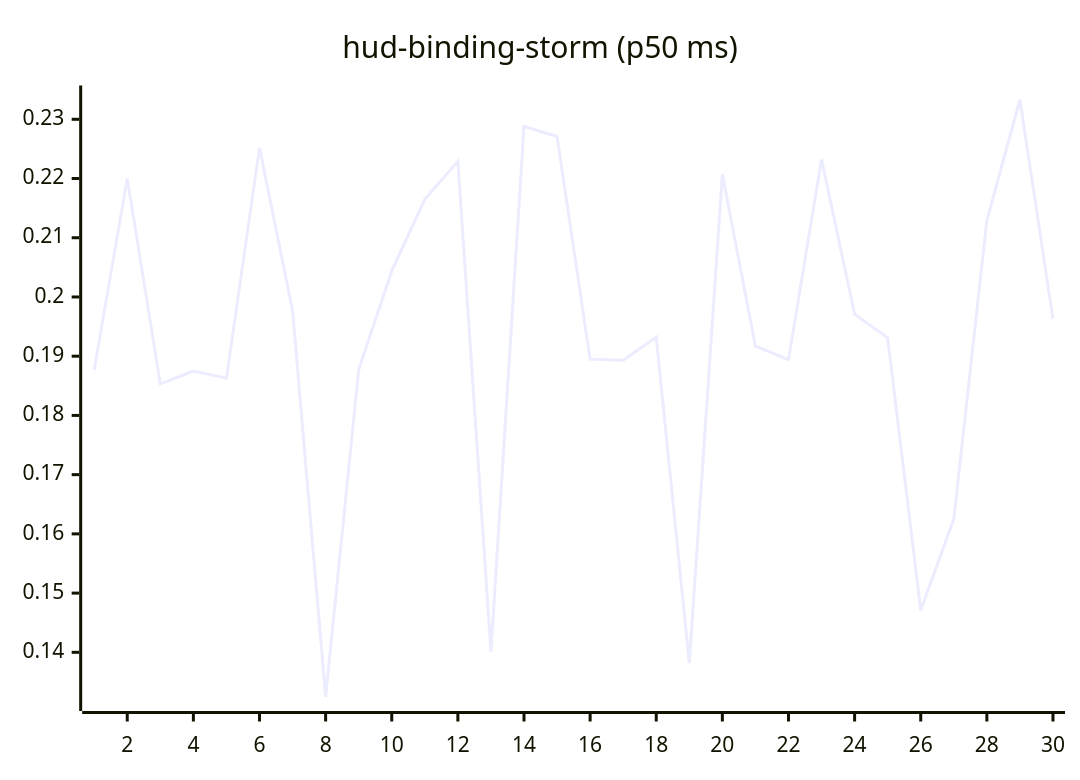
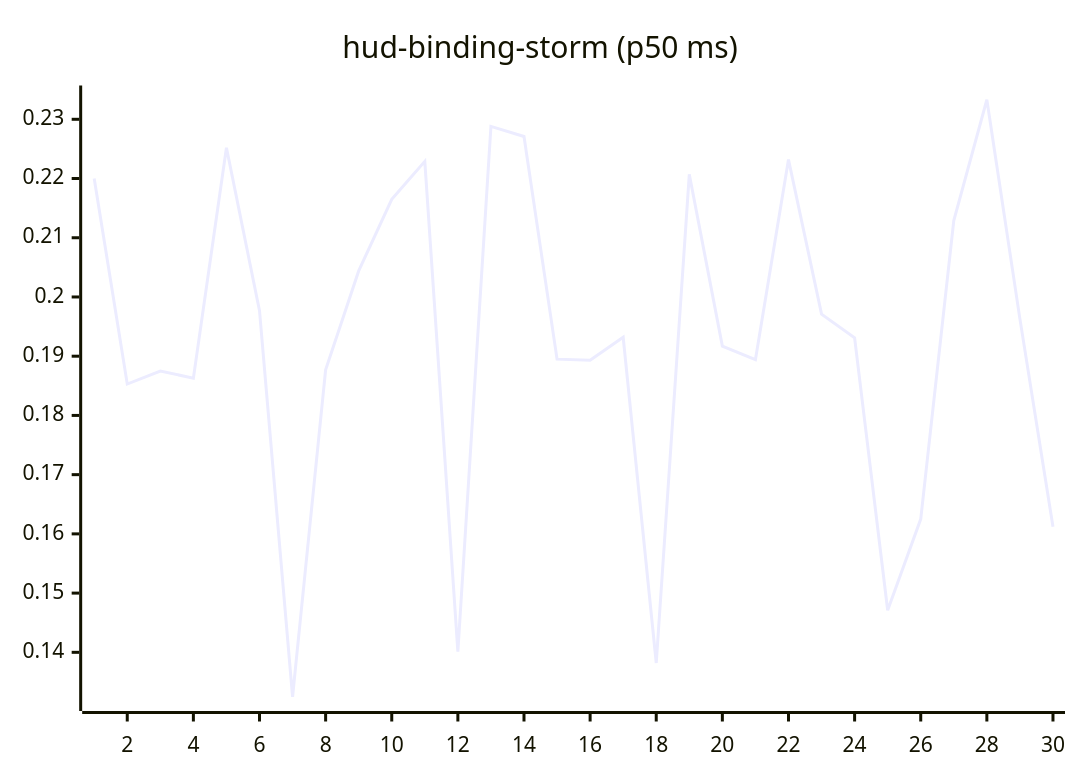
The tenth of 27 diagrams in README.md (josha/Facet), drawn with Mermaid before and after one commit. The commit also changed other lines of this file and 2 other files, not shown here.

````diff
--- a/README.md
+++ b/README.md
@@ -126,6 +126,6 @@
 ```mermaid
 xychart-beta
     title "hud-binding-storm (p50 ms)"
     x-axis 1 --> 30
-    line [0.1877, 0.2200, 0.1853, 0.1875, 0.1863, 0.2252, 0.1977, 0.1325, 0.1877, 0.2044, 0.2165, 0.2229, 0.1401, 0.2288, 0.2271, 0.1895, 0.1893, 0.1932, 0.1382, 0.2207, 0.1917, 0.1894, 0.2232, 0.1971, 0.1931, 0.1471, 0.1625, 0.2129, 0.2333, 0.1963]
+    line [0.2200, 0.1853, 0.1875, 0.1863, 0.2252, 0.1977, 0.1325, 0.1877, 0.2044, 0.2165, 0.2229, 0.1401, 0.2288, 0.2271, 0.1895, 0.1893, 0.1932, 0.1382, 0.2207, 0.1917, 0.1894, 0.2232, 0.1971, 0.1931, 0.1471, 0.1625, 0.2129, 0.2333, 0.1963, 0.1612]
 ```
````
